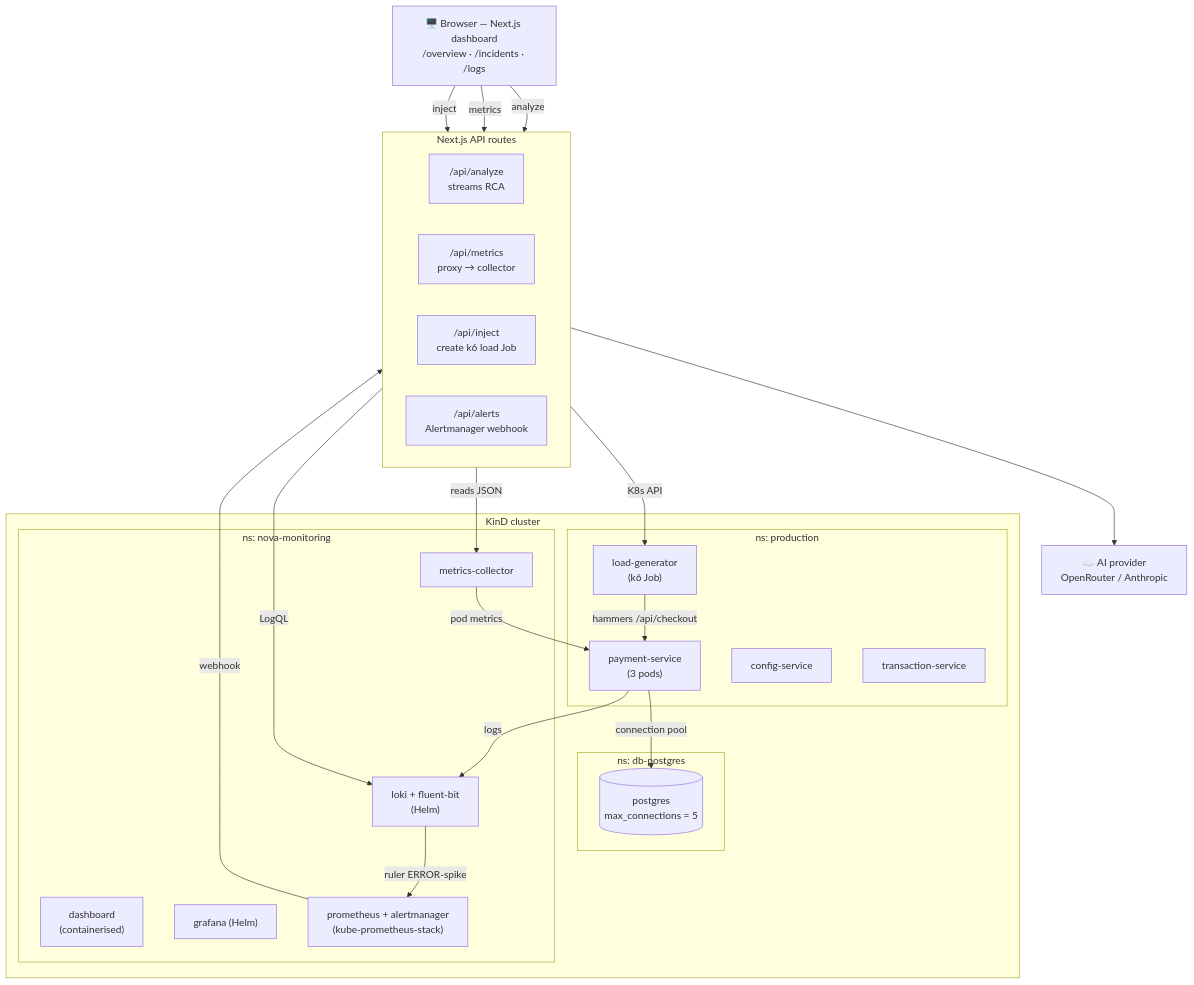
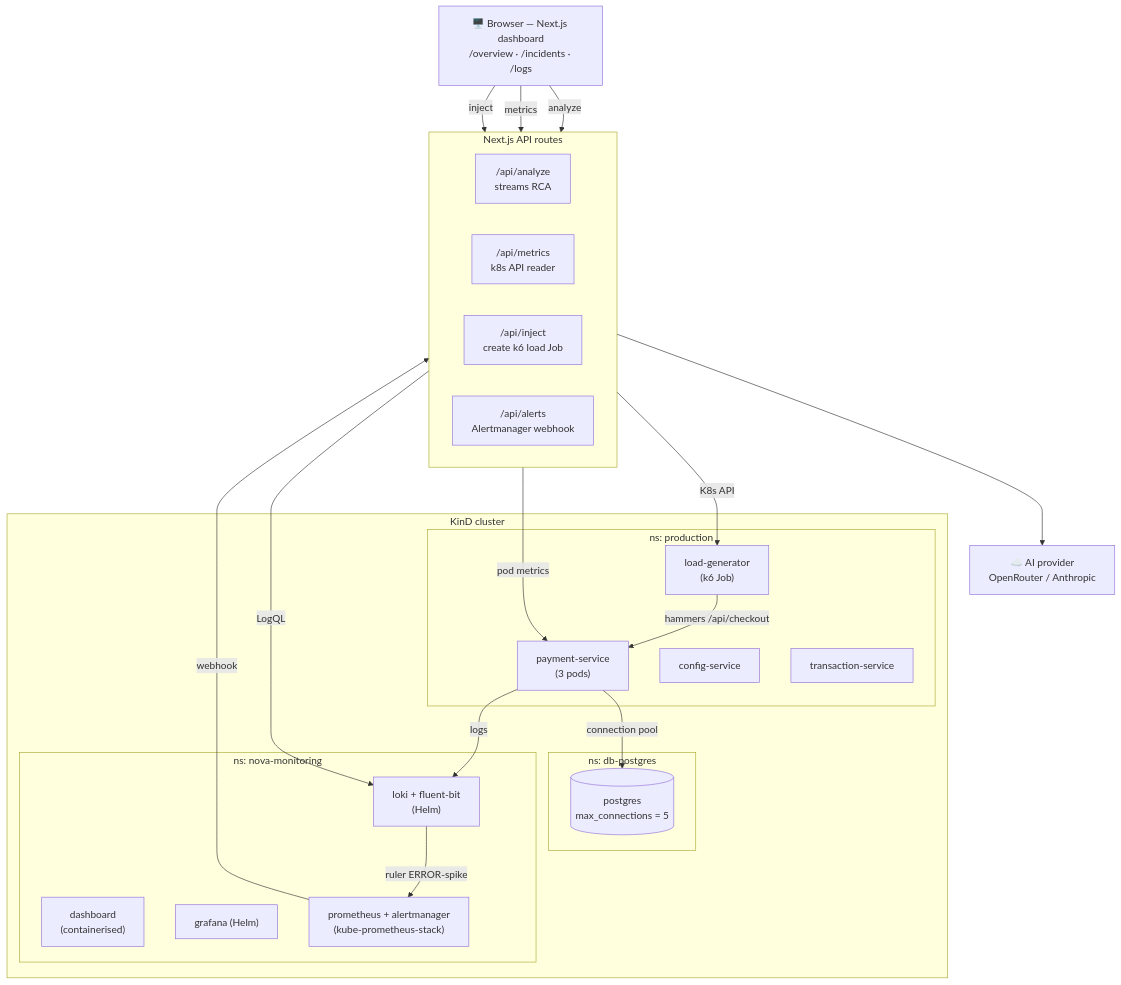
Before and after one commit to maheshshekhar/nova: the first of 2 diagrams in examples/kind-demo/README.md, drawn with Mermaid. The commit also changed other lines of this file and 32 other files, not shown here.

First line of the commit message:
Retire the custom metrics-collector (#40)

````diff
--- a/examples/kind-demo/README.md
+++ b/examples/kind-demo/README.md
@@ -32,49 +32,47 @@
 ```mermaid
 flowchart TB
     UI["🖥️ Browser — Next.js dashboard<br/>/overview · /incidents · /logs"]
 
     subgraph api["Next.js API routes"]
         direction LR
         ANALYZE["/api/analyze<br/>streams RCA"]
-        METRICS["/api/metrics<br/>proxy → collector"]
+        METRICS["/api/metrics<br/>k8s API reader"]
         INJECT["/api/inject<br/>create k6 load Job"]
         ALERTS["/api/alerts<br/>Alertmanager webhook"]
     end
 
     CLAUDE["☁️ AI provider<br/>OpenRouter / Anthropic"]
 
     subgraph cluster["KinD cluster"]
         subgraph prod["ns: production"]
             PSVC["payment-service<br/>(3 pods)"]
             CSVC["config-service"]
             TSVC["transaction-service"]
             LG["load-generator<br/>(k6 Job)"]
         end
         subgraph db["ns: db-postgres"]
             PG[("postgres<br/>max_connections = 5")]
         end
         subgraph mon["ns: nova-monitoring"]
             DASH["dashboard<br/>(containerised)"]
-            MC["metrics-collector"]
             LOKI["loki + fluent-bit<br/>(Helm)"]
             GRAF["grafana (Helm)"]
             PROM["prometheus + alertmanager<br/>(kube-prometheus-stack)"]
         end
     end
 
     UI -->|analyze| ANALYZE
     UI -->|metrics| METRICS
     UI -->|inject| INJECT
 
     ANALYZE --> CLAUDE
     ANALYZE -->|LogQL| LOKI
-    METRICS -->|reads JSON| MC
+    METRICS -->|pod metrics| PSVC
     INJECT -->|K8s API| LG
 
     LG -->|hammers /api/checkout| PSVC
     PSVC -->|connection pool| PG
     PSVC -->|logs| LOKI
-    MC -->|pod metrics| PSVC
     LOKI -->|ruler ERROR-spike| PROM
     PROM -->|webhook| ALERTS
 ```
````
